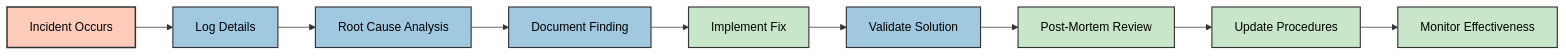
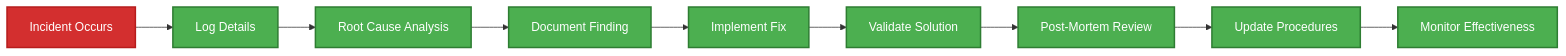
Before and after one commit to step-security-bot/cia-compliance-manager: diagram 13 of 13 in docs/architecture/WORKFLOWS.md, drawn with Mermaid. The commit also changed other lines of this file and 27 other files, not shown here.

First line of the commit message:
fix: resolve broken mermaid diagrams and improve color coding to match ISMS style guide (#1106)

````diff
--- a/docs/architecture/WORKFLOWS.md
+++ b/docs/architecture/WORKFLOWS.md
@@ -1344,19 +1344,19 @@
 ```mermaid
 flowchart LR
     Incident[Incident Occurs] --> Log[Log Details]
     Log --> Analyze[Root Cause Analysis]
     Analyze --> Document[Document Finding]
     Document --> Implement[Implement Fix]
     Implement --> Validate[Validate Solution]
     Validate --> Review[Post-Mortem Review]
     Review --> Update[Update Procedures]
     Update --> Monitor[Monitor Effectiveness]
     
-    classDef incidentNode fill:#ffccbc,stroke:#333,stroke-width:2px,color:black
-    classDef processNode fill:#a0c8e0,stroke:#333,stroke-width:1.5px,color:black
-    classDef improveNode fill:#c8e6c9,stroke:#333,stroke-width:1.5px,color:black
+    classDef incidentNode fill:#D32F2F,stroke:#B71C1C,stroke-width:2px,color:#ffffff
+    classDef processNode fill:#4CAF50,stroke:#2E7D32,stroke-width:2px,color:#ffffff
+    classDef improveNode fill:#4CAF50,stroke:#2E7D32,stroke-width:2px,color:#ffffff
     
     class Incident incidentNode
     class Log,Analyze,Document,Validate processNode
     class Implement,Review,Update,Monitor improveNode
 ```
````
